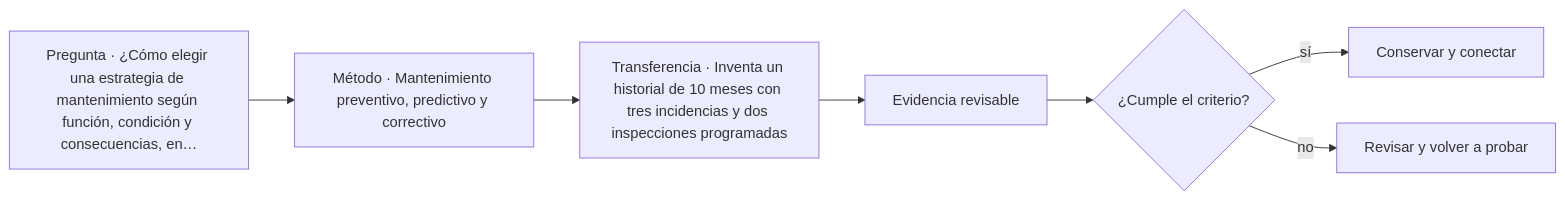
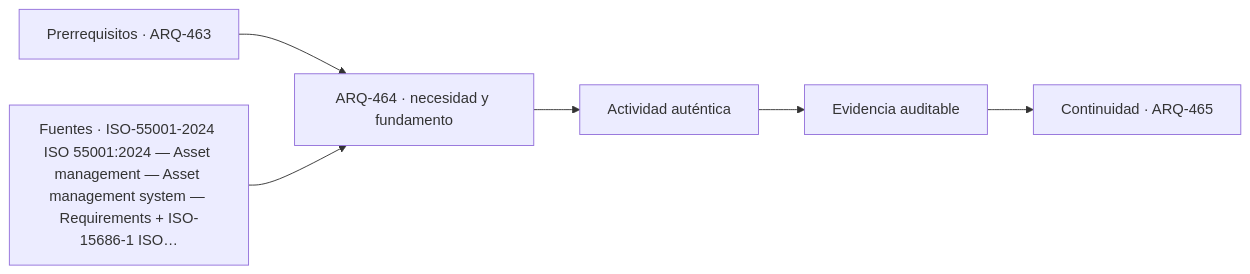
The diagram in classes/parte-47/ARQ-464.md (vladimiracunadev-create/architecture-built-environment-learning-program), drawn with Mermaid before and after one commit. The commit also changed other lines of this file and 761 other files, not shown here.

````diff
--- a/classes/parte-47/ARQ-464.md
+++ b/classes/parte-47/ARQ-464.md
@@ -75,9 +87,8 @@
 ```mermaid
 flowchart LR
-    Q["Pregunta · ¿Cómo elegir una estrategia de mantenimiento según función, condición y consecuencias, en…"] --> M["Método · Mantenimiento preventivo, predictivo y correctivo"]
-    M --> P["Transferencia · Inventa un historial de 10 meses con tres incidencias y dos inspecciones programadas"]
-    P --> E["Evidencia revisable"]
-    E --> C{"¿Cumple el criterio?"}
-    C -->|sí| T["Conservar y conectar"]
-    C -->|no| R["Revisar y volver a probar"]
+    A["Prerrequisitos · ARQ-463"] --> B["ARQ-464 · necesidad y fundamento"]
+    S["Fuentes · ISO-55001-2024 ISO 55001:2024 — Asset management — Asset management system — Requirements + ISO-15686-1 ISO…"] --> B
+    B --> C["Actividad auténtica"]
+    C --> D["Evidencia auditable"]
+    D --> E["Continuidad · ARQ-465"]
 ```
````
